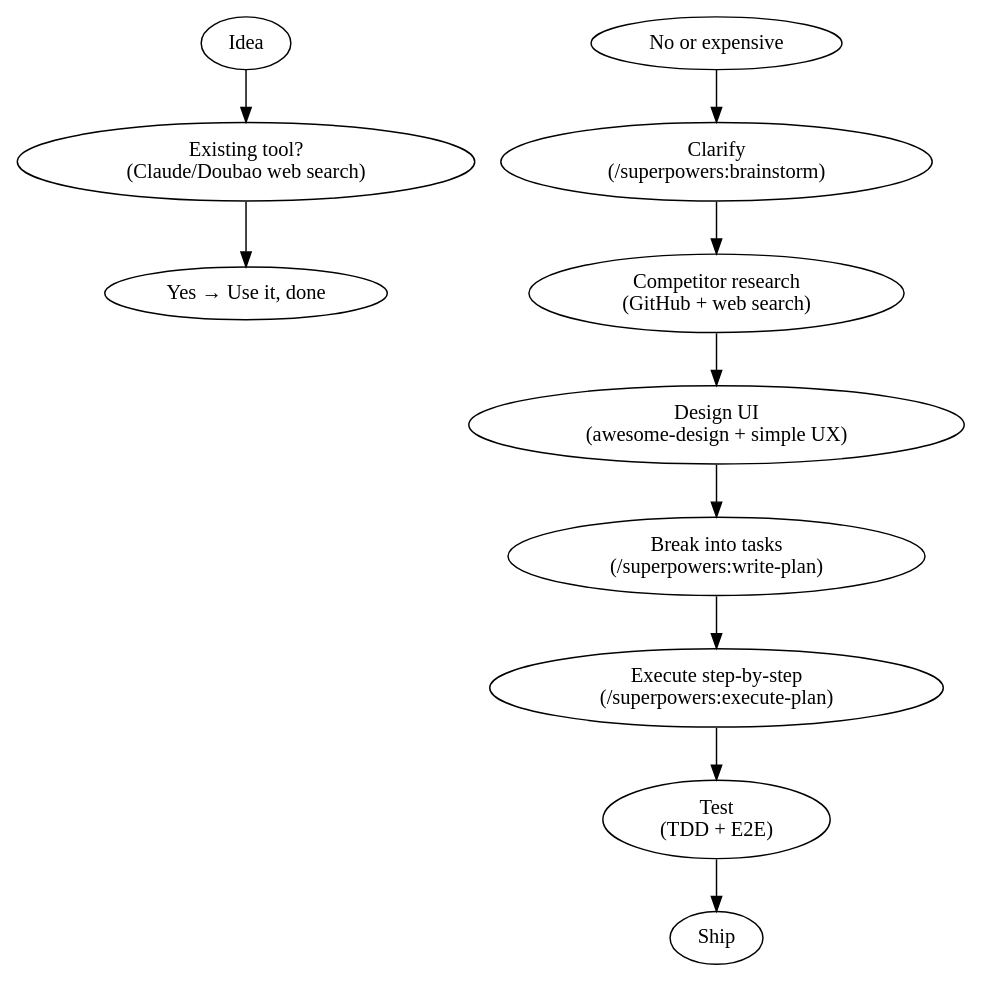
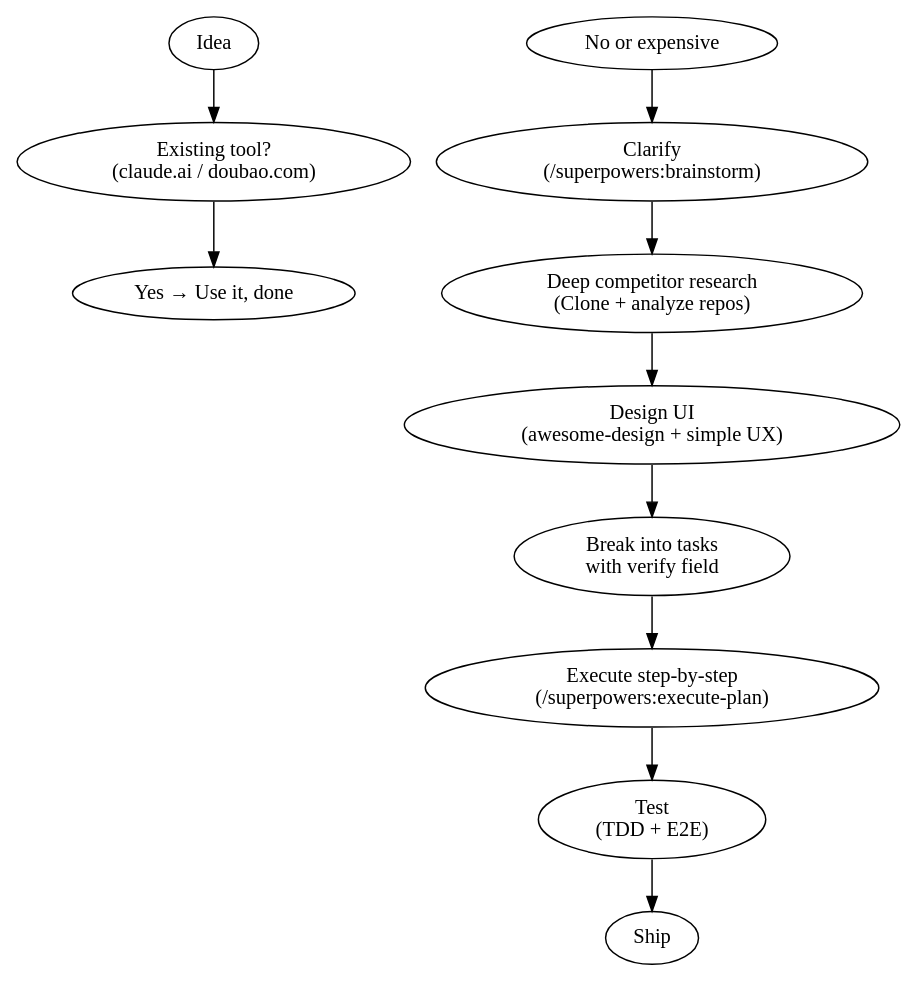
One commit to linuxhsj/idea-to-product changed the diagram in SKILL.md. Above: the diagram before and after it, drawn with Graphviz. The commit also changed other lines of this file and 2 other files, not shown here.

First line of the commit message:
Enhance SKILL.md with deep competitor research and three borrowed practices

````diff
--- a/SKILL.md
+++ b/SKILL.md
@@ -52,6 +52,6 @@
 ```dot
 digraph idea_to_product {
-    "Idea" -> "Existing tool?\n(Claude/Doubao web search)" -> "Yes → Use it, done";
-    "No or expensive" -> "Clarify\n(/superpowers:brainstorm)" -> "Competitor research\n(GitHub + web search)" -> "Design UI\n(awesome-design + simple UX)" -> "Break into tasks\n(/superpowers:write-plan)" -> "Execute step-by-step\n(/superpowers:execute-plan)" -> "Test\n(TDD + E2E)" -> "Ship";
+    "Idea" -> "Existing tool?\n(claude.ai / doubao.com)" -> "Yes → Use it, done";
+    "No or expensive" -> "Clarify\n(/superpowers:brainstorm)" -> "Deep competitor research\n(Clone + analyze repos)" -> "Design UI\n(awesome-design + simple UX)" -> "Break into tasks\nwith verify field" -> "Execute step-by-step\n(/superpowers:execute-plan)" -> "Test\n(TDD + E2E)" -> "Ship";
 }
 ```
````
